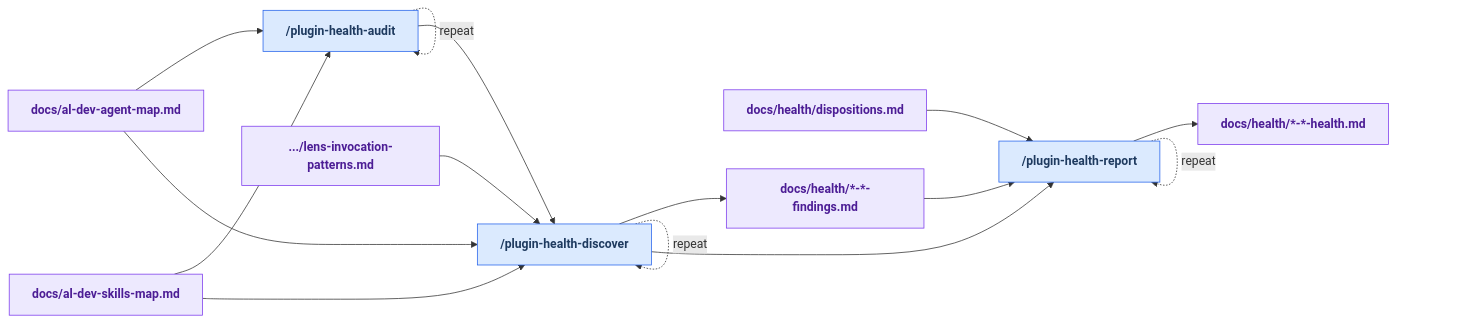
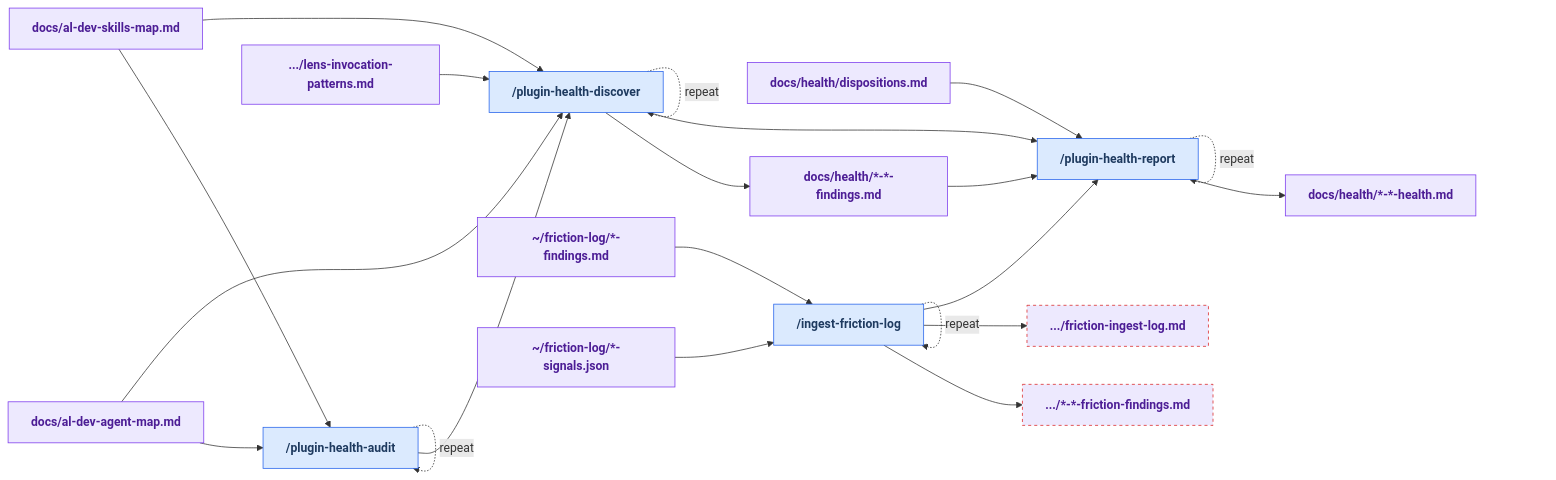
One commit to russell-laing/al-dev-shared changed the third of 7 diagrams in docs/maintainer-tooling.md. Above: the diagram before and after it, drawn with Mermaid. The commit also changed other lines of this file, not shown here.

Commit message:
docs(health-tooling): regenerate maintainer guide with ingest-friction-log

````diff
--- a/docs/maintainer-tooling.md
+++ b/docs/maintainer-tooling.md
@@ -255,43 +261,59 @@
 ```mermaid
 flowchart LR
     classDef userSkill fill:#dbeafe,stroke:#2563eb,color:#1e3a5f,font-weight:bold
     classDef internalSkill fill:#f3f4f6,stroke:#6b7280,color:#374151,stroke-dasharray:5 5,font-weight:bold
     classDef artifact fill:#ede9fe,stroke:#7c3aed,color:#4c1d95,font-weight:bold
     classDef orphanArtifact fill:#ede9fe,stroke:#dc2626,color:#4c1d95,stroke-dasharray:4 4,font-weight:bold
     classDef manualStep fill:#fef3c7,stroke:#d97706,color:#78350f,font-weight:bold
 
+    skill_ingest_friction_log["/ingest-friction-log"]
     skill_plugin_health_audit["/plugin-health-audit"]
     skill_plugin_health_discover["/plugin-health-discover"]
     skill_plugin_health_report["/plugin-health-report"]
     art_docs_al_dev_agent_map_md["docs/al-dev-agent-map.md"]
     art_docs_al_dev_skills_map_md["docs/al-dev-skills-map.md"]
     art_docs_health_____findings_md["docs/health/*-*-findings.md"]
+    art_docs_health_____friction_findings_md[".../*-*-friction-findings.md"]
     art_docs_health_____health_md["docs/health/*-*-health.md"]
     art_docs_health_dispositions_md["docs/health/dispositions.md"]
+    art_docs_health_friction_ingest_log_md[".../friction-ingest-log.md"]
     art_profile_al_dev_shared_knowledge_lens_invocation_patterns_md[".../lens-invocation-patterns.md"]
+    art___friction_log___findings_md["~/friction-log/*-findings.md"]
+    art___friction_log___signals_json["~/friction-log/*-signals.json"]
 
+    art___friction_log___findings_md --> skill_ingest_friction_log
+    art___friction_log___signals_json --> skill_ingest_friction_log
+    skill_ingest_friction_log --> art_docs_health_____friction_findings_md
+    skill_ingest_friction_log --> art_docs_health_friction_ingest_log_md
+    skill_ingest_friction_log --> skill_plugin_health_report
+    skill_ingest_friction_log -. "repeat" .-> skill_ingest_friction_log
     art_docs_al_dev_agent_map_md --> skill_plugin_health_audit
     art_docs_al_dev_skills_map_md --> skill_plugin_health_audit
     skill_plugin_health_audit --> skill_plugin_health_discover
     skill_plugin_health_audit -. "repeat" .-> skill_plugin_health_audit
     art_docs_al_dev_agent_map_md --> skill_plugin_health_discover
     art_docs_al_dev_skills_map_md --> skill_plugin_health_discover
     art_profile_al_dev_shared_knowledge_lens_invocation_patterns_md --> skill_plugin_health_discover
     skill_plugin_health_discover --> art_docs_health_____findings_md
     skill_plugin_health_discover --> skill_plugin_health_report
     skill_plugin_health_discover -. "repeat" .-> skill_plugin_health_discover
     art_docs_health_____findings_md --> skill_plugin_health_report
     art_docs_health_dispositions_md --> skill_plugin_health_report
     skill_plugin_health_report --> art_docs_health_____health_md
     skill_plugin_health_report -. "repeat" .-> skill_plugin_health_report
 
+    class skill_ingest_friction_log userSkill
     class skill_plugin_health_audit userSkill
     class skill_plugin_health_discover userSkill
     class skill_plugin_health_report userSkill
     class art_docs_al_dev_agent_map_md artifact
     class art_docs_al_dev_skills_map_md artifact
     class art_docs_health_____findings_md artifact
+    class art_docs_health_____friction_findings_md orphanArtifact
     class art_docs_health_____health_md artifact
     class art_docs_health_dispositions_md artifact
+    class art_docs_health_friction_ingest_log_md orphanArtifact
     class art_profile_al_dev_shared_knowledge_lens_invocation_patterns_md artifact
+    class art___friction_log___findings_md artifact
+    class art___friction_log___signals_json artifact
 ```
````
